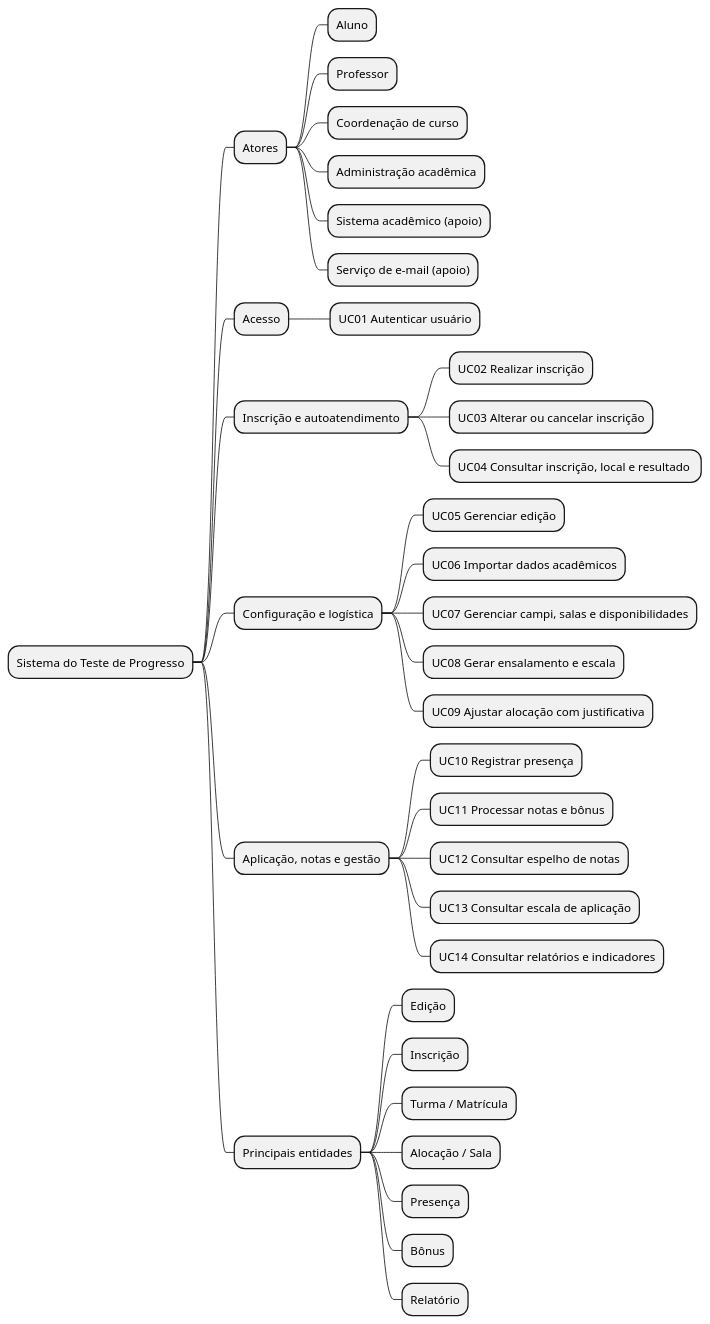
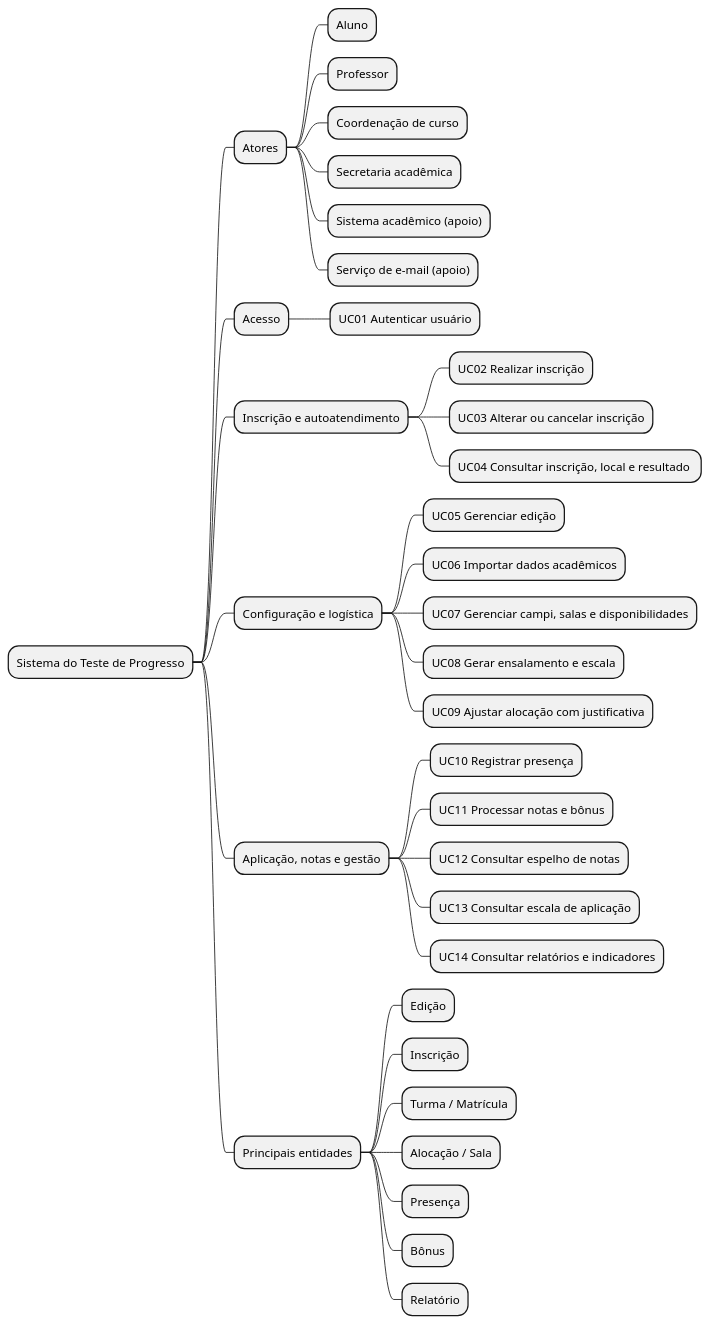
The diagram in docs/Iniciacao/mapa_mental.md (Projetos-de-Extensao/PECDII_26.2_8003_I), drawn with PlantUML before and after one commit. The commit also changed 19 other files, not shown here.

````diff
--- a/docs/Iniciacao/mapa_mental.md
+++ b/docs/Iniciacao/mapa_mental.md
@@ -24,38 +24,38 @@
 ```plantuml
 @startmindmap
 * Sistema do Teste de Progresso
 ** Atores
 *** Aluno
 *** Professor
 *** Coordenação de curso
-*** Administração acadêmica
+*** Secretaria acadêmica
 *** Sistema acadêmico (apoio)
 *** Serviço de e-mail (apoio)
 ** Acesso
 *** UC01 Autenticar usuário
 ** Inscrição e autoatendimento
 *** UC02 Realizar inscrição
 *** UC03 Alterar ou cancelar inscrição
 *** UC04 Consultar inscrição, local e resultado 
 ** Configuração e logística
 *** UC05 Gerenciar edição
 *** UC06 Importar dados acadêmicos
 *** UC07 Gerenciar campi, salas e disponibilidades
 *** UC08 Gerar ensalamento e escala
 *** UC09 Ajustar alocação com justificativa
 ** Aplicação, notas e gestão
 *** UC10 Registrar presença
 *** UC11 Processar notas e bônus
 *** UC12 Consultar espelho de notas
 *** UC13 Consultar escala de aplicação
 *** UC14 Consultar relatórios e indicadores
 ** Principais entidades
 *** Edição
 *** Inscrição
 *** Turma / Matrícula
 *** Alocação / Sala
 *** Presença
 *** Bônus
 *** Relatório
 @endmindmap
 ```
````
